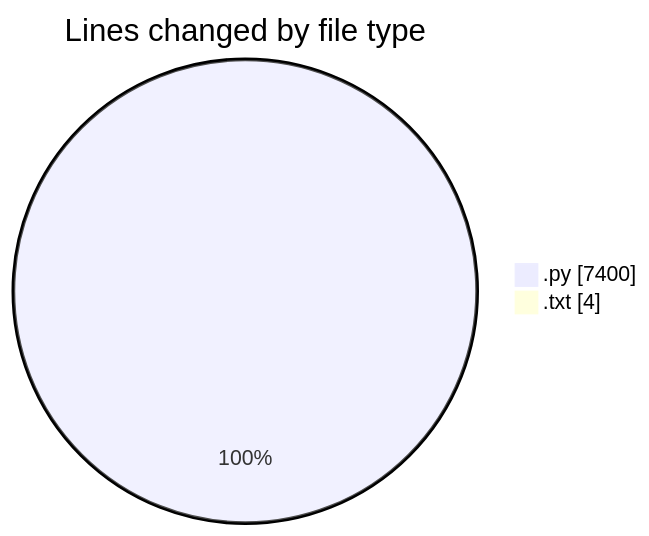
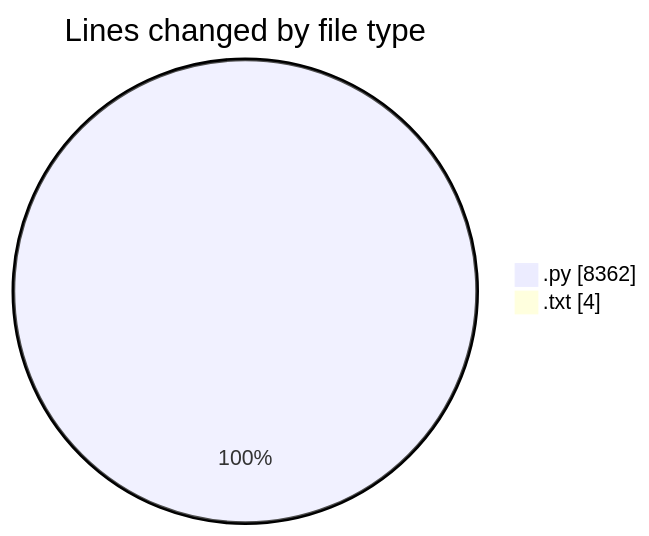
One commit to CELIANVF/code-tracking changed the first of 2 diagrams in 2025-06-01/video_app/README.md. Above: the diagram before and after it, drawn with Mermaid. The commit also changed other lines of this file and 1 other file, not shown here.

````diff
--- a/2025-06-01/video_app/README.md
+++ b/2025-06-01/video_app/README.md
@@ -29,6 +29,6 @@
 ```mermaid
 pie showData
 title Lines changed by file type
-".py" : 7400
+".py" : 8362
 ".txt" : 4
 ```
````
